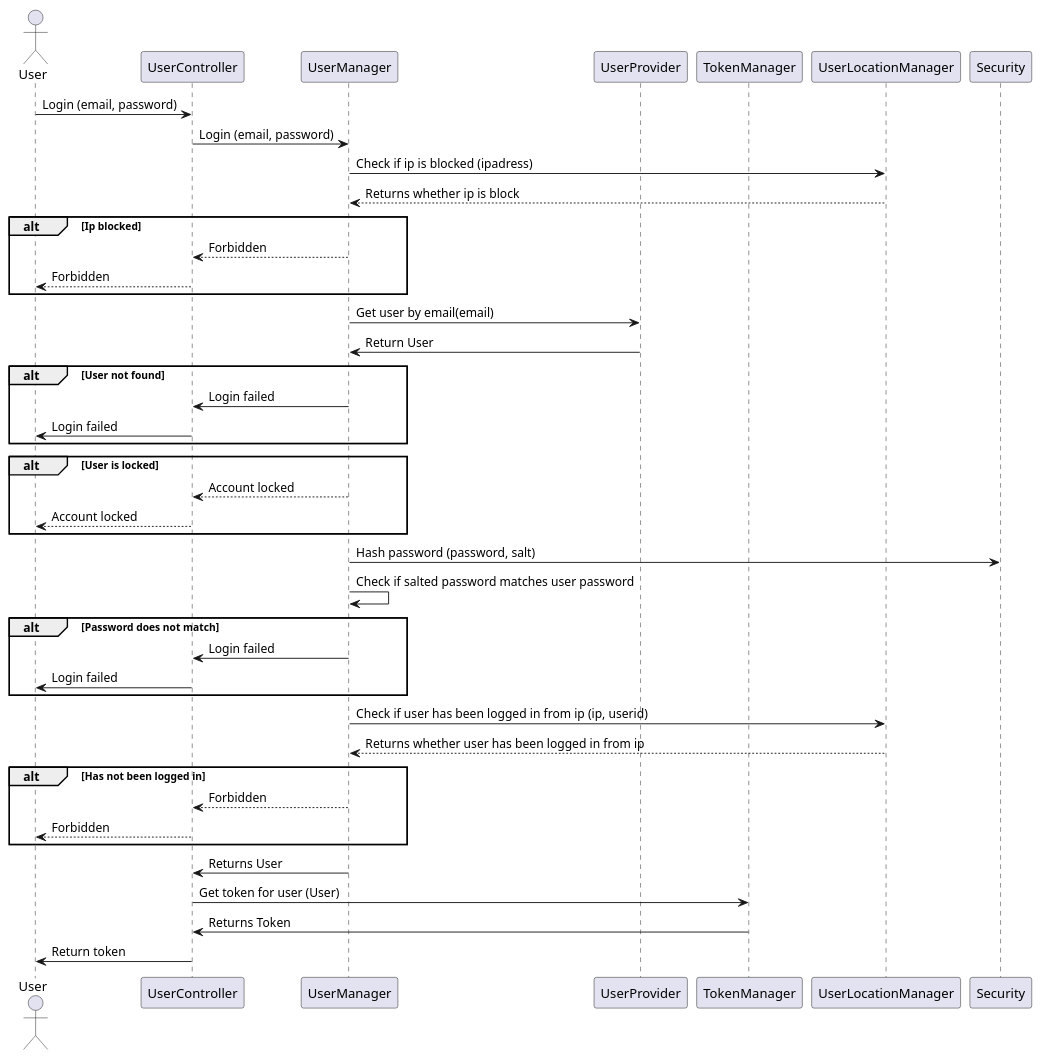
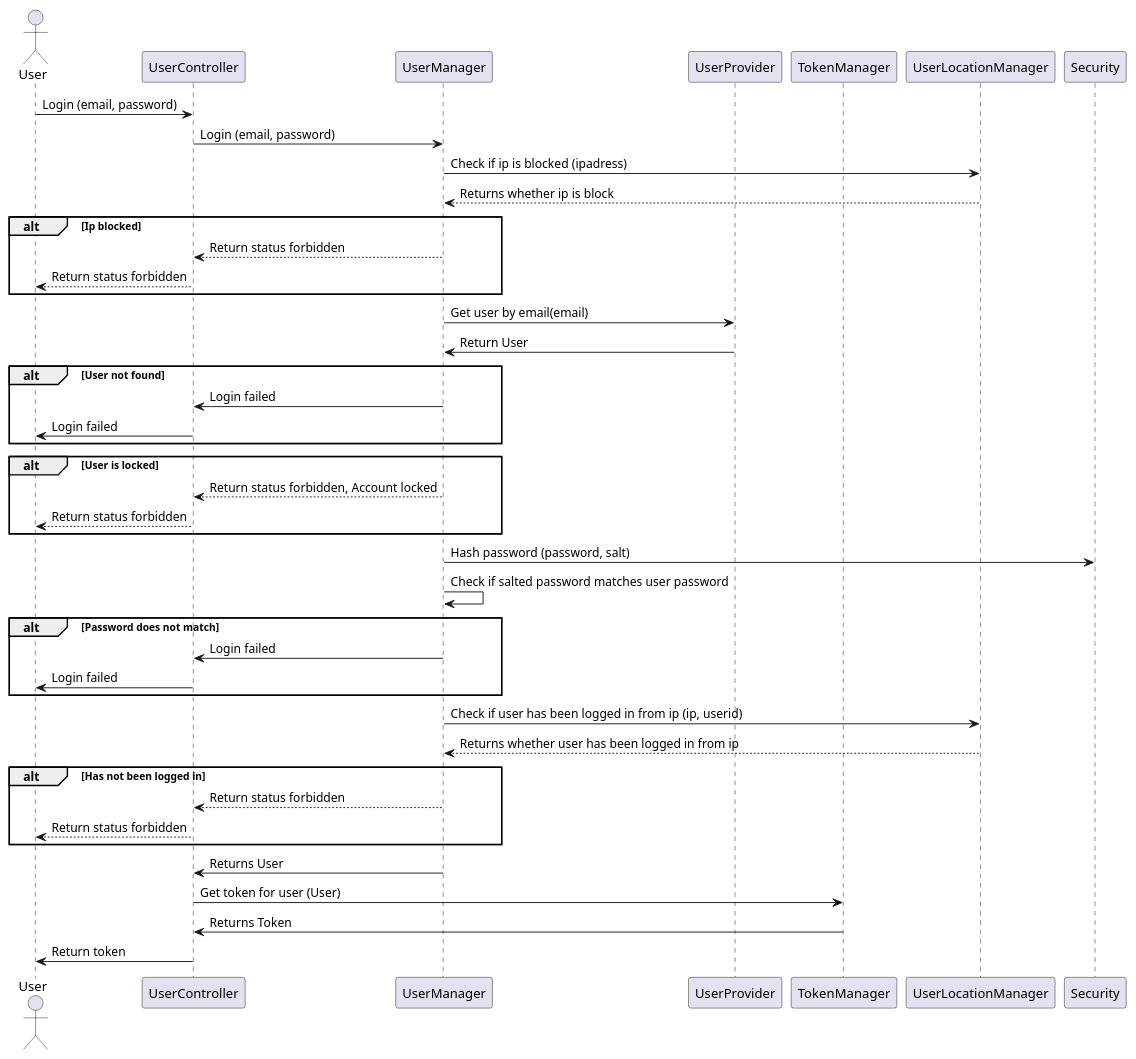
Before and after one commit to blackout1471/trust-us-school: the diagram in Docs/SDDiagrams/LoginSD.plantuml, drawn with PlantUML. The commit also changed 7 other files, not shown here.

```diff
--- a/Docs/SDDiagrams/LoginSD.plantuml
+++ b/Docs/SDDiagrams/LoginSD.plantuml
@@ -1,66 +1,66 @@
 @startuml Login SD
 
 actor User
 participant UserController
 participant UserManager
 participant UserProvider
 participant TokenManager
 participant UserLocationManager
 participant Security
 
 User->UserController: Login (email, password)
 UserController->UserManager: Login (email, password)
 UserManager->UserLocationManager: Check if ip is blocked (ipadress)
 UserLocationManager-->UserManager: Returns whether ip is block
 
 alt Ip blocked
-UserManager-->UserController: Forbidden
-UserController-->User: Forbidden
+UserManager-->UserController: Return status forbidden
+UserController-->User: Return status forbidden
 end
 
 UserManager->UserProvider: Get user by email(email)
 UserProvider->UserManager: Return User
 
 
 alt User not found
 
 UserManager->UserController: Login failed
 UserController->User: Login failed
 
 end
 
 alt User is locked
 
-UserManager-->UserController: Account locked
-UserController-->User: Account locked
+UserManager-->UserController: Return status forbidden, Account locked
+UserController-->User: Return status forbidden
 
 end
 
 UserManager->Security: Hash password (password, salt)
 UserManager->UserManager: Check if salted password matches user password
 
 alt Password does not match
 
 UserManager->UserController: Login failed
 UserController->User: Login failed
 
 end
 
 
 UserManager->UserLocationManager: Check if user has been logged in from ip (ip, userid)
 UserLocationManager-->UserManager: Returns whether user has been logged in from ip
 
 alt Has not been logged in
 
-UserManager-->UserController: Forbidden
-UserController-->User: Forbidden
+UserManager-->UserController: Return status forbidden
+UserController-->User: Return status forbidden
 
 end
 
 UserManager->UserController: Returns User
 UserController->TokenManager: Get token for user (User)
 TokenManager->UserController: Returns Token
 
 UserController->User: Return token
 
 @enduml
```
